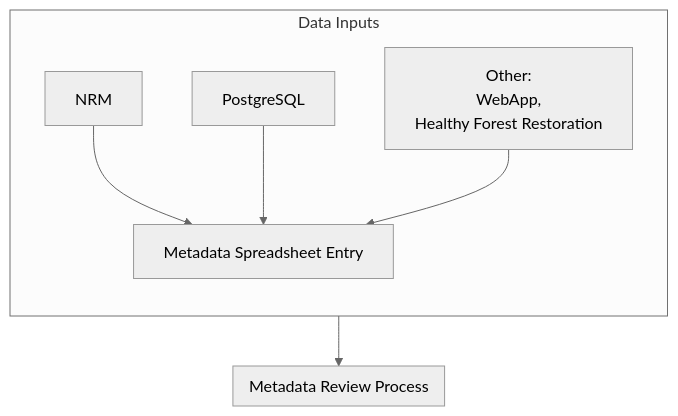
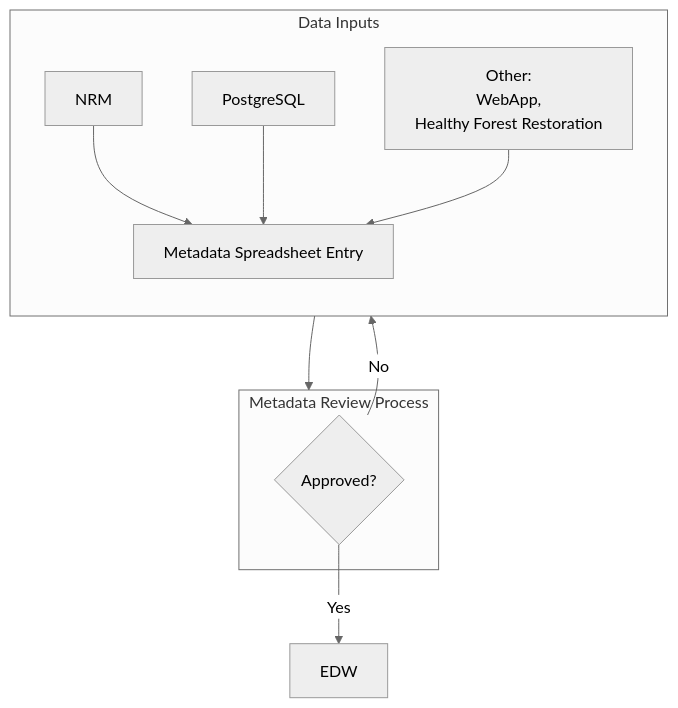
One commit to forestbytes/catalog changed the diagram in docs/metadata-architecture.md. Above: the diagram before and after it, drawn with Mermaid (neutral theme).

Commit message:
Basic architecture

````diff
--- a/docs/metadata-architecture.md
+++ b/docs/metadata-architecture.md
@@ -1,20 +1,24 @@
 ```mermaid
 
 flowchart TB
   subgraph DataInputs[Data Inputs]
       direction TB
       NRM --> MetadataSpreadsheetEntry[Metadata Spreadsheet Entry]
       PostgreSQL --> MetadataSpreadsheetEntry
       Other[
         Other:
         WebApp, 
         Healthy Forest Restoration
       ] --> MetadataSpreadsheetEntry
       MetadataSpreadsheetEntry
   end
 
   subgraph Review[Metadata Review Process]
+    ReviewDecision@{shape: diamond, label: "Approved?"}
   end
-
+  
+  ReviewDecision --> |Yes| EDW
+  ReviewDecision --> |No| DataInputs
+  
   MetadataSpreadsheetEntry --> Review
 ```
````
